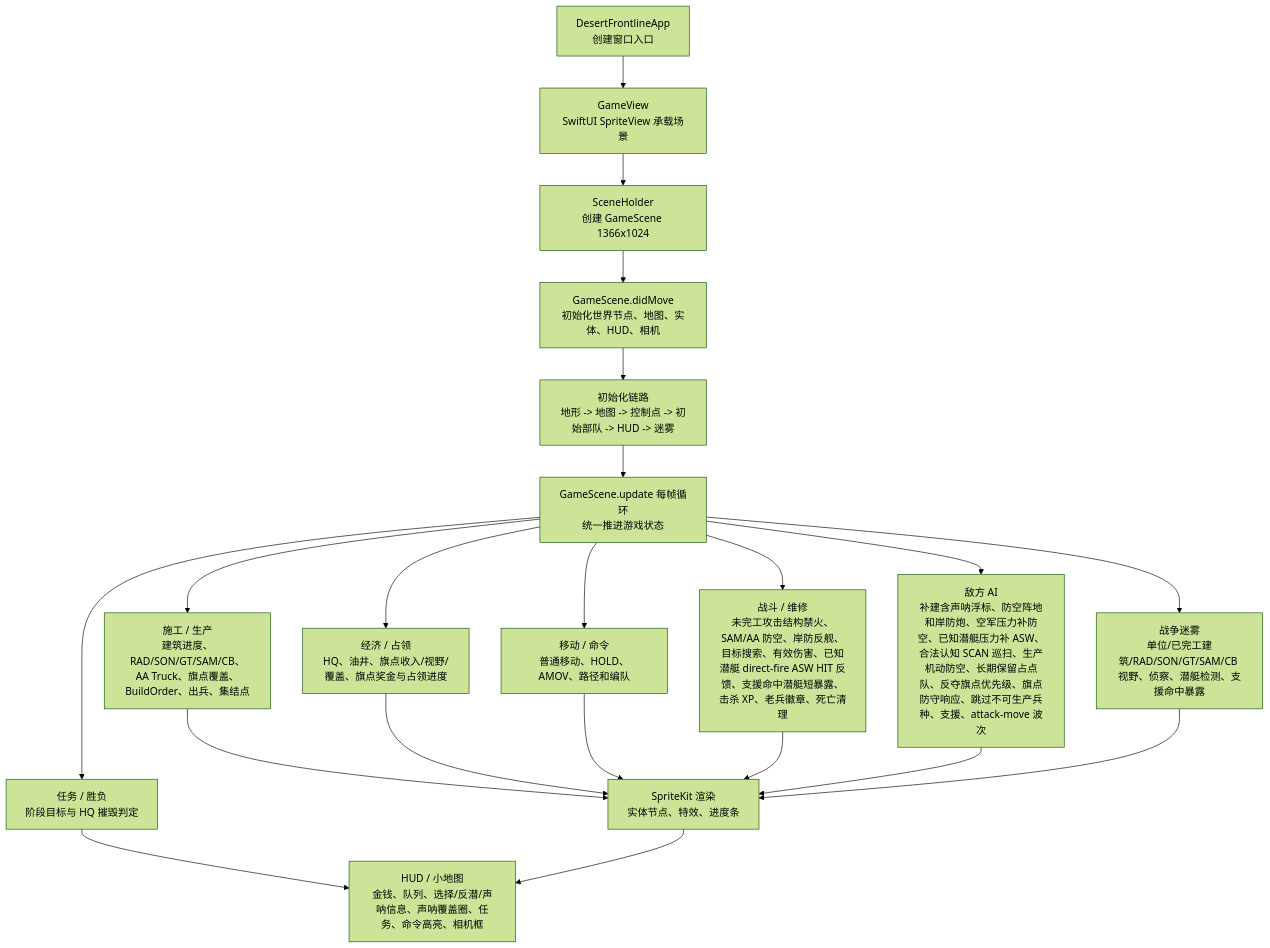
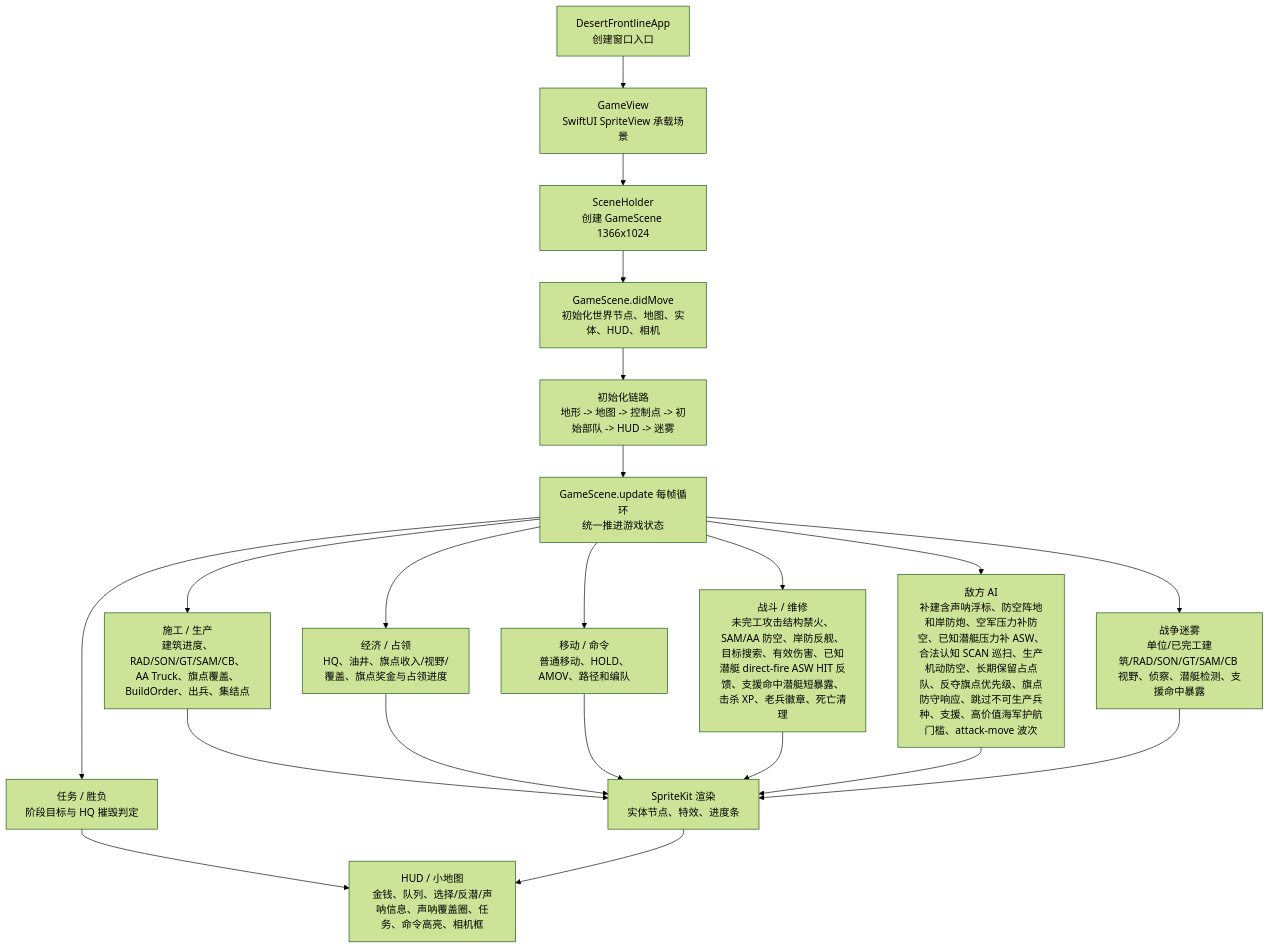
The first of 3 diagrams in md/flow/flowchart.md (Altman-sam114/1145), drawn with Mermaid (forest theme) before and after one commit. The commit also changed 4 other files, not shown here.

````diff
--- a/md/flow/flowchart.md
+++ b/md/flow/flowchart.md
@@ -9,23 +9,23 @@
 ```mermaid
 flowchart TD
   App["DesertFrontlineApp\n创建窗口入口"] --> View["GameView\nSwiftUI SpriteView 承载场景"]
   View --> Holder["SceneHolder\n创建 GameScene 1366x1024"]
   Holder --> Scene["GameScene.didMove\n初始化世界节点、地图、实体、HUD、相机"]
   Scene --> Init["初始化链路\n地形 -> 地图 -> 控制点 -> 初始部队 -> HUD -> 迷雾"]
   Init --> Loop["GameScene.update 每帧循环\n统一推进游戏状态"]
   Loop --> Build["施工 / 生产\n建筑进度、RAD/SON/GT/SAM/CB、AA Truck、旗点覆盖、BuildOrder、出兵、集结点"]
   Loop --> Economy["经济 / 占领\nHQ、油井、旗点收入/视野/覆盖、旗点奖金与占领进度"]
   Loop --> Commands["移动 / 命令\n普通移动、HOLD、AMOV、路径和编队"]
   Loop --> Combat["战斗 / 维修\n未完工攻击结构禁火、SAM/AA 防空、岸防反舰、目标搜索、有效伤害、已知潜艇 direct-fire ASW HIT 反馈、支援命中潜艇短暴露、击杀 XP、老兵徽章、死亡清理"]
-  Loop --> AI["敌方 AI\n补建含声呐浮标、防空阵地和岸防炮、空军压力补防空、已知潜艇压力补 ASW、合法认知 SCAN 巡扫、生产机动防空、长期保留占点队、反夺旗点优先级、旗点防守响应、跳过不可生产兵种、支援、attack-move 波次"]
+  Loop --> AI["敌方 AI\n补建含声呐浮标、防空阵地和岸防炮、空军压力补防空、已知潜艇压力补 ASW、合法认知 SCAN 巡扫、生产机动防空、长期保留占点队、反夺旗点优先级、旗点防守响应、跳过不可生产兵种、支援、高价值海军护航门槛、attack-move 波次"]
   Loop --> Fog["战争迷雾\n单位/已完工建筑/RAD/SON/GT/SAM/CB 视野、侦察、潜艇检测、支援命中暴露"]
   Loop --> Mission["任务 / 胜负\n阶段目标与 HQ 摧毁判定"]
   Build --> Render["SpriteKit 渲染\n实体节点、特效、进度条"]
   Economy --> Render
   Commands --> Render
   Combat --> Render
   AI --> Render
   Fog --> Render
   Mission --> HUD["HUD / 小地图\n金钱、队列、选择/反潜/声呐信息、声呐覆盖圈、任务、命令高亮、相机框"]
   Render --> HUD
 ```
````
